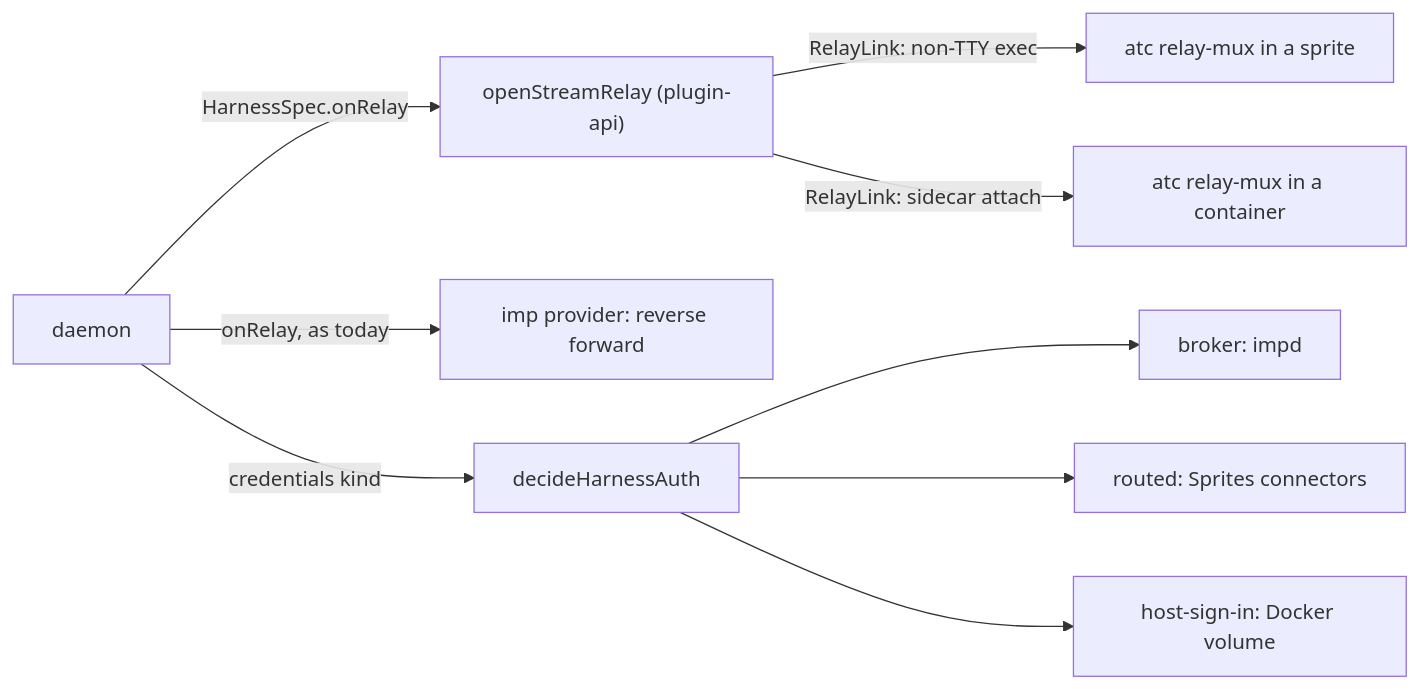
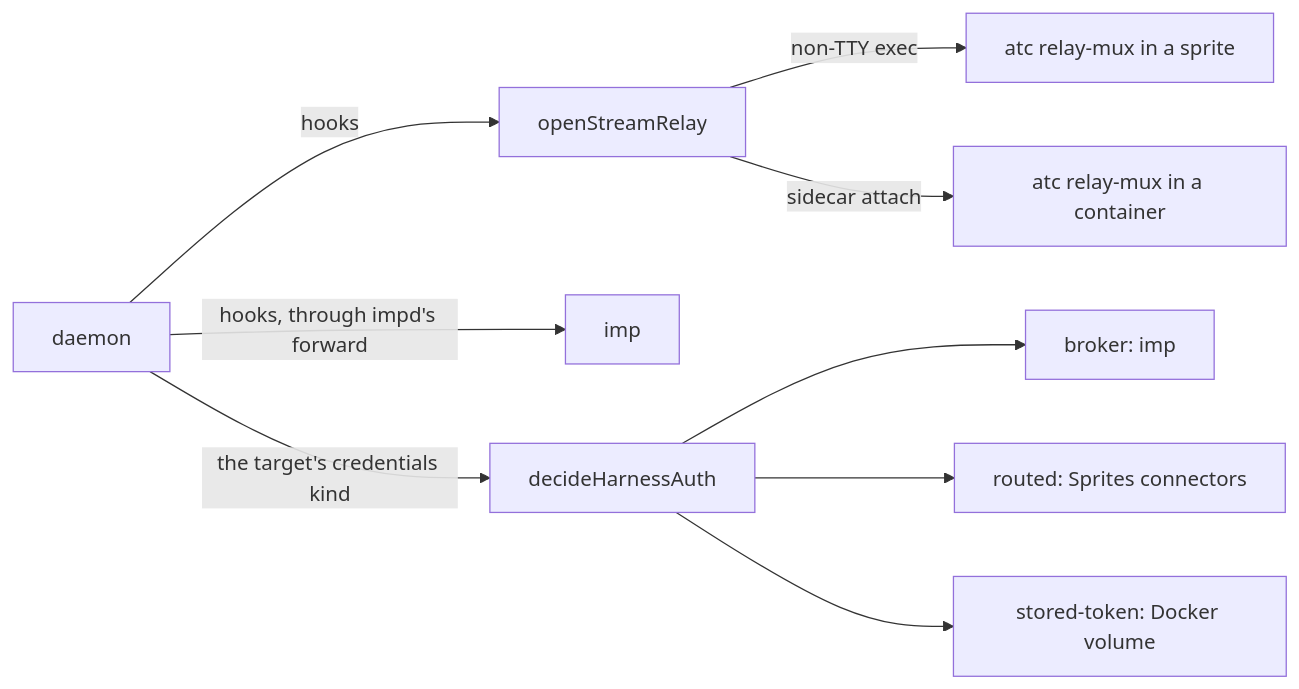
Before and after one commit to zgeoff/atc: the diagram in docs/design/remote-targets/README.md, drawn with Mermaid. The commit also changed other lines of this file and 4 other files, not shown here.

````diff
--- a/docs/design/remote-targets/README.md
+++ b/docs/design/remote-targets/README.md
@@ -15,11 +45,11 @@
 ```mermaid
 flowchart LR
-  daemon[daemon] -->|"HarnessSpec.onRelay"| relay["openStreamRelay (plugin-api)"]
-  relay -->|"RelayLink: non-TTY exec"| mux1["atc relay-mux in a sprite"]
-  relay -->|"RelayLink: sidecar attach"| mux2["atc relay-mux in a container"]
-  daemon -->|"onRelay, as today"| imp["imp provider: reverse forward"]
-  daemon -->|"credentials kind"| auth["decideHarnessAuth"]
-  auth --> broker["broker: impd"]
+  daemon[daemon] -->|"hooks"| relay["openStreamRelay"]
+  relay -->|"non-TTY exec"| mux1["atc relay-mux in a sprite"]
+  relay -->|"sidecar attach"| mux2["atc relay-mux in a container"]
+  daemon -->|"hooks, through impd's forward"| imp["imp"]
+  daemon -->|"the target's credentials kind"| auth["decideHarnessAuth"]
+  auth --> broker["broker: imp"]
   auth --> routed["routed: Sprites connectors"]
-  auth --> signin["host-sign-in: Docker volume"]
+  auth --> stored["stored-token: Docker volume"]
 ```
````
